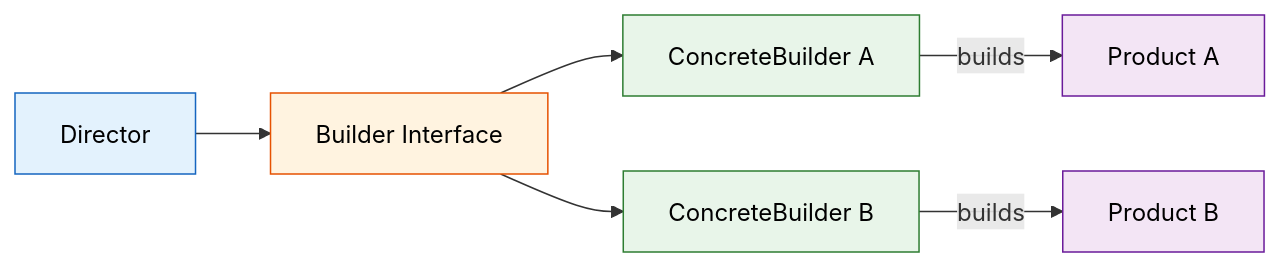
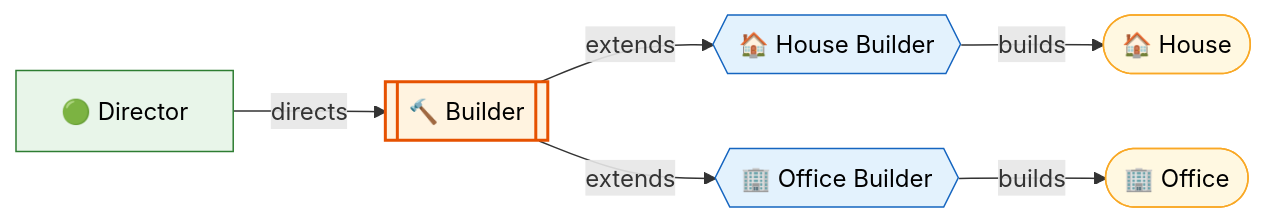
One commit to saivamsikaruturi/vamsilabs-dev-notes-main changed the second of 3 diagrams in docs/designpatterns/creationalDesignPatterns/BuilderDesignPattern.md. Above: the diagram before and after it, drawn with Mermaid. The commit also changed other lines of this file and 42 other files, not shown here.

````diff
--- a/docs/designpatterns/creationalDesignPatterns/BuilderDesignPattern.md
+++ b/docs/designpatterns/creationalDesignPatterns/BuilderDesignPattern.md
@@ -26,15 +25,15 @@
 ```mermaid
 flowchart LR
-    A[Director] --> B[Builder Interface]
-    B --> C[ConcreteBuilder A]
-    B --> D[ConcreteBuilder B]
-    C -->|builds| E[Product A]
-    D -->|builds| F[Product B]
+    A["🟢 Director"] -->|"directs"| B[["🔨 Builder"]]
+    B -->|"extends"| C{{"🏠 House Builder"}}
+    B -->|"extends"| D{{"🏢 Office Builder"}}
+    C -->|"builds"| E(["🏠 House"])
+    D -->|"builds"| F(["🏢 Office"])
 
-    style A fill:#E3F2FD,stroke:#1565C0,color:#000
-    style B fill:#FFF3E0,stroke:#E65100,color:#000
-    style C fill:#E8F5E9,stroke:#2E7D32,color:#000
-    style D fill:#E8F5E9,stroke:#2E7D32,color:#000
-    style E fill:#F3E5F5,stroke:#6A1B9A,color:#000
-    style F fill:#F3E5F5,stroke:#6A1B9A,color:#000
+    style A fill:#E8F5E9,stroke:#2E7D32,color:#000
+    style B fill:#FFF3E0,stroke:#E65100,stroke-width:2px,color:#000
+    style C fill:#E3F2FD,stroke:#1565C0,color:#000
+    style D fill:#E3F2FD,stroke:#1565C0,color:#000
+    style E fill:#FFF8E1,stroke:#F9A825,color:#000
+    style F fill:#FFF8E1,stroke:#F9A825,color:#000
 ```
````
